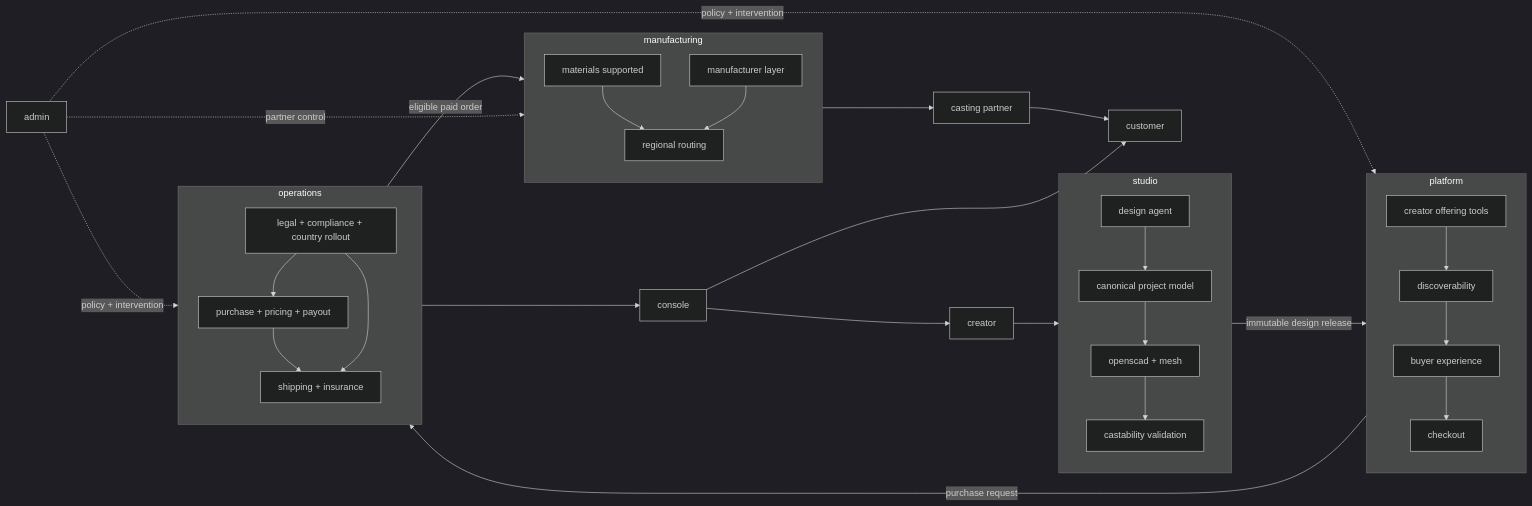
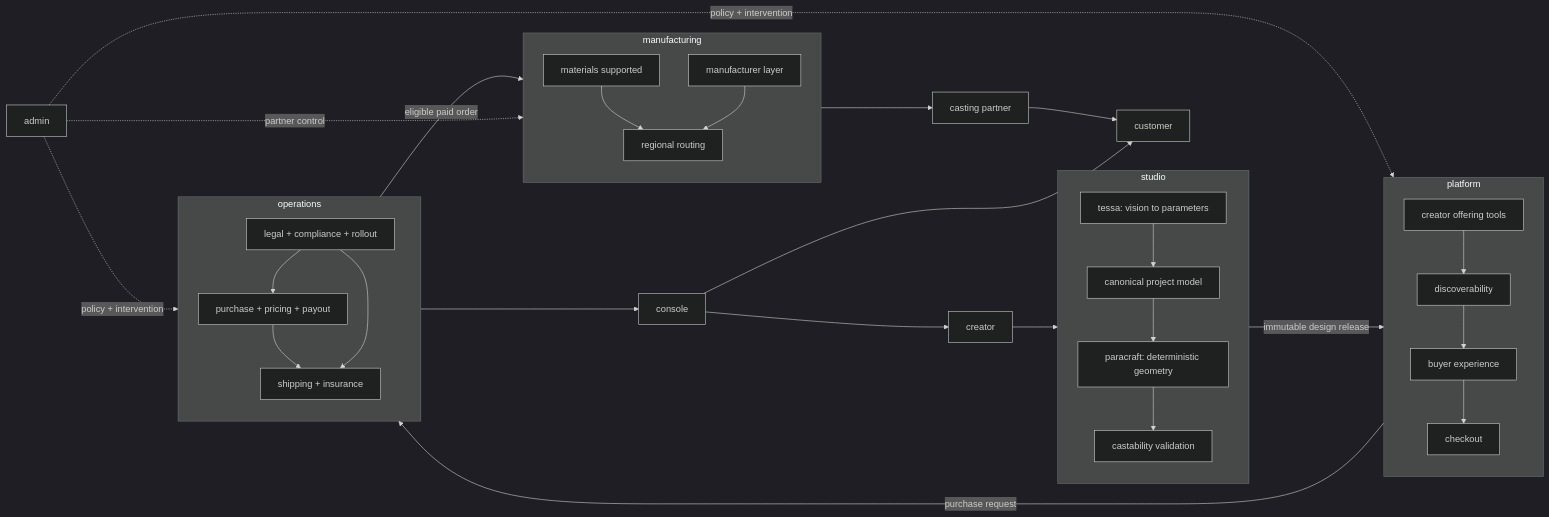
Before and after one commit to tinkrland/kirosculp: the diagram in README.md, drawn with Mermaid (dark theme). The commit also changed other lines of this file and 62 other files, not shown here.

````diff
--- a/README.md
+++ b/README.md
@@ -23,58 +50,58 @@
 ```mermaid
 flowchart LR
     creator[creator] --> studio
 
     subgraph studio[studio]
       direction TB
-      agent[design agent]
+      tessa[tessa: vision to parameters]
       project[canonical project model]
-      geometry[openscad + mesh]
+      paracraft[paracraft: deterministic geometry]
       validation[castability validation]
-      agent --> project --> geometry --> validation
+      tessa --> project --> paracraft --> validation
     end
 
     validation -->|immutable design release| platform
 
     subgraph platform[platform]
       direction TB
       creators[creator offering tools]
       discovery[discoverability]
       buyers[buyer experience]
       checkout[checkout]
       creators --> discovery --> buyers --> checkout
     end
 
     checkout -->|purchase request| operations
 
     subgraph operations[operations]
       direction TB
       financial[purchase + pricing + payout]
       delivery[shipping + insurance]
-      rules[legal + compliance + country rollout]
+      rules[legal + compliance + rollout]
       financial --> delivery
       rules --> financial
       rules --> delivery
     end
 
     operations -->|eligible paid order| manufacturing
 
     subgraph manufacturing[manufacturing]
       direction TB
       materials[materials supported]
       partner[manufacturer layer]
       route[regional routing]
       materials --> route
       partner --> route
     end
 
     route --> maker[casting partner]
     maker --> customer[customer]
 
     operations --> console[console]
     console --> creator
     console --> customer
 
     admin[admin] -. policy + intervention .-> platform
     admin -. policy + intervention .-> operations
     admin -. partner control .-> manufacturing
 ```
````
